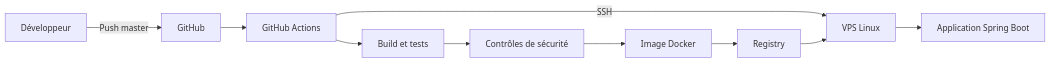
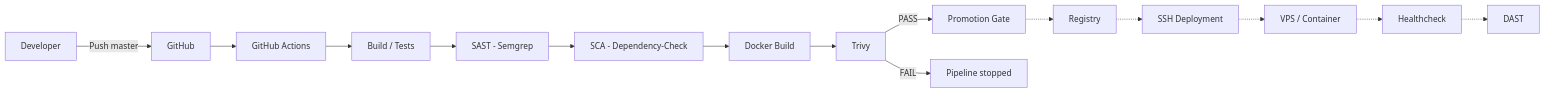
The diagram in README.md (idriss-eliguene/test-technique-africfinance), drawn with Mermaid before and after one commit. The commit also changed other lines of this file and 3 other files, not shown here.

Commit message:
security: ajouter le scan de l'image avec Trivy

````diff
--- a/README.md
+++ b/README.md
@@ -203,12 +29,17 @@
 ```mermaid
 flowchart LR
-    DEV[Développeur] -->|Push master| GH[GitHub]
+    DEV[Developer] -->|Push master| GH[GitHub]
     GH --> CI[GitHub Actions]
-    CI --> BUILD[Build et tests]
-    BUILD --> SEC[Contrôles de sécurité]
-    SEC --> IMG[Image Docker]
-    IMG --> REG[Registry]
-    CI -->|SSH| VPS[VPS Linux]
-    REG --> VPS
-    VPS --> APP[Application Spring Boot]
+    CI --> TEST[Build / Tests]
+    TEST --> SAST[SAST - Semgrep]
+    SAST --> SCA[SCA - Dependency-Check]
+    SCA --> BUILD[Docker Build]
+    BUILD --> TRIVY[Trivy]
+    TRIVY -->|PASS| GATE[Promotion Gate]
+    TRIVY -->|FAIL| STOP[Pipeline stopped]
+    GATE -.-> REG[Registry]
+    REG -.-> SSH[SSH Deployment]
+    SSH -.-> VPS[VPS / Container]
+    VPS -.-> HC[Healthcheck]
+    HC -.-> DAST[DAST]
 ```
````
